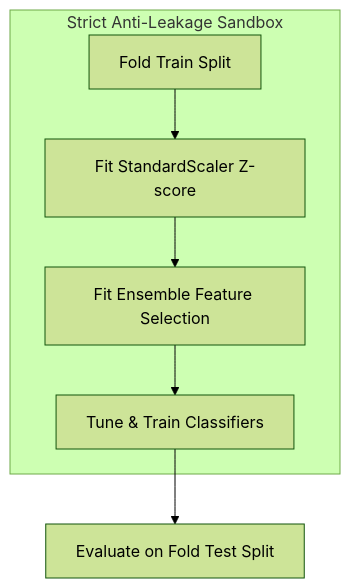
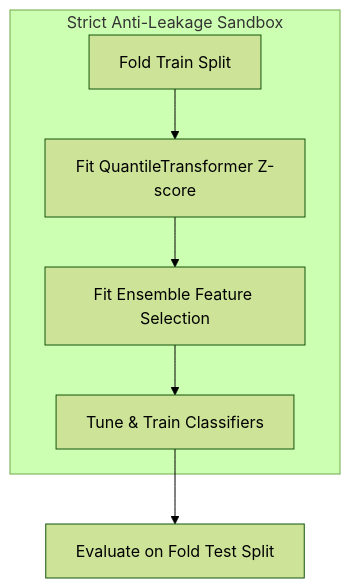
The diagram in README.md (shubhamkjha369/OncoResolve-Breast-Cancer-Transcriptomics), drawn with Mermaid (forest theme) before and after one commit. The commit also changed other lines of this file and 84 other files, not shown here.

````diff
--- a/README.md
+++ b/README.md
@@ -300,9 +300,9 @@
 ```mermaid
 graph TD
     subgraph Sandbox [Strict Anti-Leakage Sandbox]
-        A[Fold Train Split] --> B[Fit StandardScaler Z-score]
+        A[Fold Train Split] --> B[Fit QuantileTransformer Z-score]
         B --> C[Fit Ensemble Feature Selection]
         C --> D[Tune & Train Classifiers]
     end
     D --> E[Evaluate on Fold Test Split]
 ```
````
